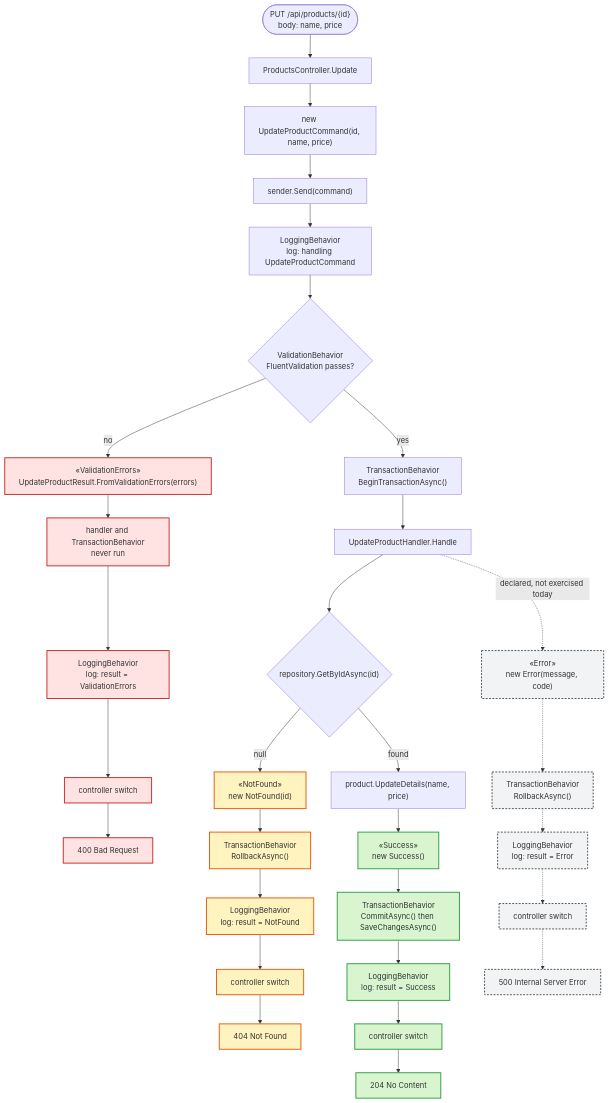
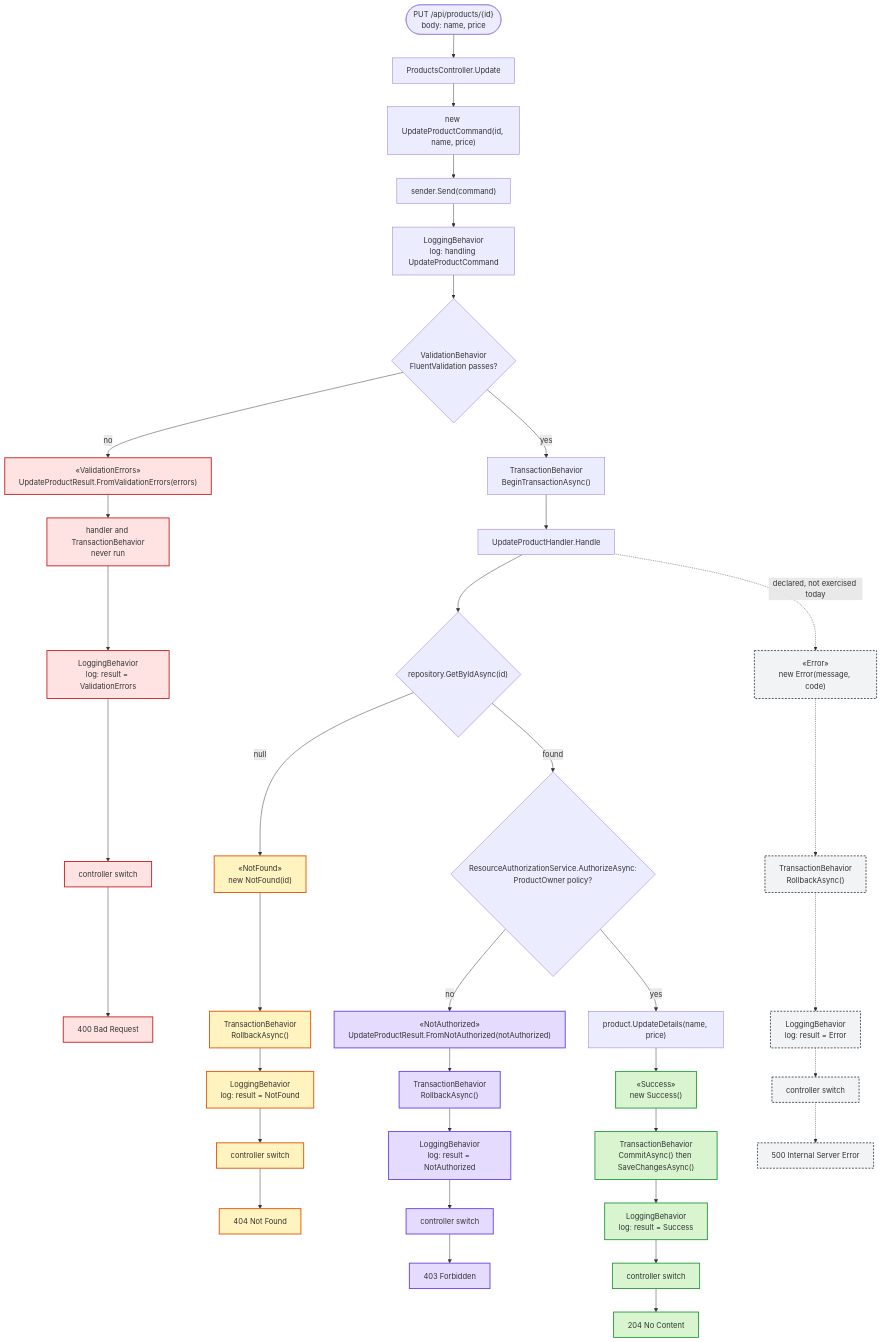
The sixth of 6 diagrams in README.md (rheone/poc_mediatr-union_types), drawn with Mermaid before and after one commit. The commit also changed other lines of this file, not shown here.

First line of the commit message:
Final polish pass: sync worked example with ticket 05's NotAuthorized case

````diff
--- a/README.md
+++ b/README.md
@@ -961,43 +964,52 @@
 ```mermaid
 flowchart TD
     classDef success fill:#d8f5d0,stroke:#2f9e44,stroke-width:2px;
     classDef notfound fill:#fff3bf,stroke:#e8590c,stroke-width:2px;
     classDef validation fill:#ffe3e3,stroke:#c92a2a,stroke-width:2px;
     classDef error fill:#f1f3f5,stroke:#495057,stroke-width:2px,stroke-dasharray: 4 3;
+    classDef notauthorized fill:#e5dbff,stroke:#7048e8,stroke-width:2px;
 
     Client(["PUT /api/products/{id}<br/>body: name, price"]) --> Ctrl["ProductsController.Update"]
     Ctrl --> Build["new UpdateProductCommand(id, name, price)"]
     Build --> Send["sender.Send(command)"]
 
     Send --> Log1["LoggingBehavior<br/>log: handling UpdateProductCommand"]
     Log1 --> Val{"ValidationBehavior<br/>FluentValidation passes?"}
 
     Val -->|"no"| VErr["«ValidationErrors»<br/>UpdateProductResult.FromValidationErrors(errors)"]:::validation
     VErr --> SkipTx["handler and TransactionBehavior<br/>never run"]:::validation
     SkipTx --> Log2a["LoggingBehavior<br/>log: result = ValidationErrors"]:::validation
     Log2a --> Map1["controller switch"]:::validation
     Map1 --> R400["400 Bad Request"]:::validation
 
     Val -->|"yes"| Begin["TransactionBehavior<br/>BeginTransactionAsync()"]
     Begin --> Handle["UpdateProductHandler.Handle"]
     Handle --> Lookup{"repository.GetByIdAsync(id)"}
 
     Lookup -->|"null"| NF["«NotFound»<br/>new NotFound(id)"]:::notfound
     NF --> Roll1["TransactionBehavior<br/>RollbackAsync()"]:::notfound
     Roll1 --> Log2b["LoggingBehavior<br/>log: result = NotFound"]:::notfound
     Log2b --> Map2["controller switch"]:::notfound
     Map2 --> R404["404 Not Found"]:::notfound
 
-    Lookup -->|"found"| Update["product.UpdateDetails(name, price)"]
+    Lookup -->|"found"| Own{"ResourceAuthorizationService.AuthorizeAsync:<br/>ProductOwner policy?"}
+
+    Own -->|"no"| NAuth["«NotAuthorized»<br/>UpdateProductResult.FromNotAuthorized(notAuthorized)"]:::notauthorized
+    NAuth --> Roll3["TransactionBehavior<br/>RollbackAsync()"]:::notauthorized
+    Roll3 --> Log2e["LoggingBehavior<br/>log: result = NotAuthorized"]:::notauthorized
+    Log2e --> Map5["controller switch"]:::notauthorized
+    Map5 --> R403["403 Forbidden"]:::notauthorized
+
+    Own -->|"yes"| Update["product.UpdateDetails(name, price)"]
     Update --> Ok["«Success»<br/>new Success()"]:::success
     Ok --> Commit["TransactionBehavior<br/>CommitAsync() then SaveChangesAsync()"]:::success
     Commit --> Log2c["LoggingBehavior<br/>log: result = Success"]:::success
     Log2c --> Map3["controller switch"]:::success
     Map3 --> R204["204 No Content"]:::success
 
     Handle -.->|"declared, not exercised today"| Err["«Error»<br/>new Error(message, code)"]:::error
     Err -.-> Roll2["TransactionBehavior<br/>RollbackAsync()"]:::error
     Roll2 -.-> Log2d["LoggingBehavior<br/>log: result = Error"]:::error
     Log2d -.-> Map4["controller switch"]:::error
     Map4 -.-> R500["500 Internal Server Error"]:::error
 ```
````
